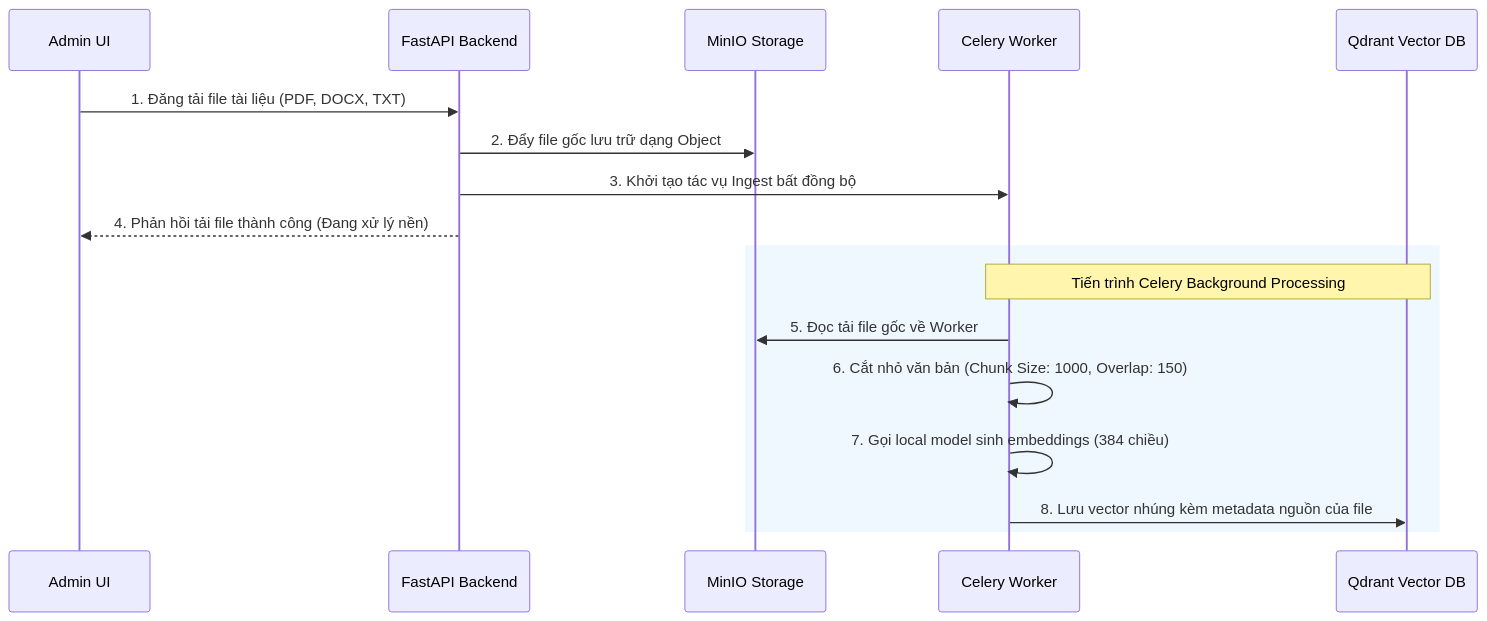
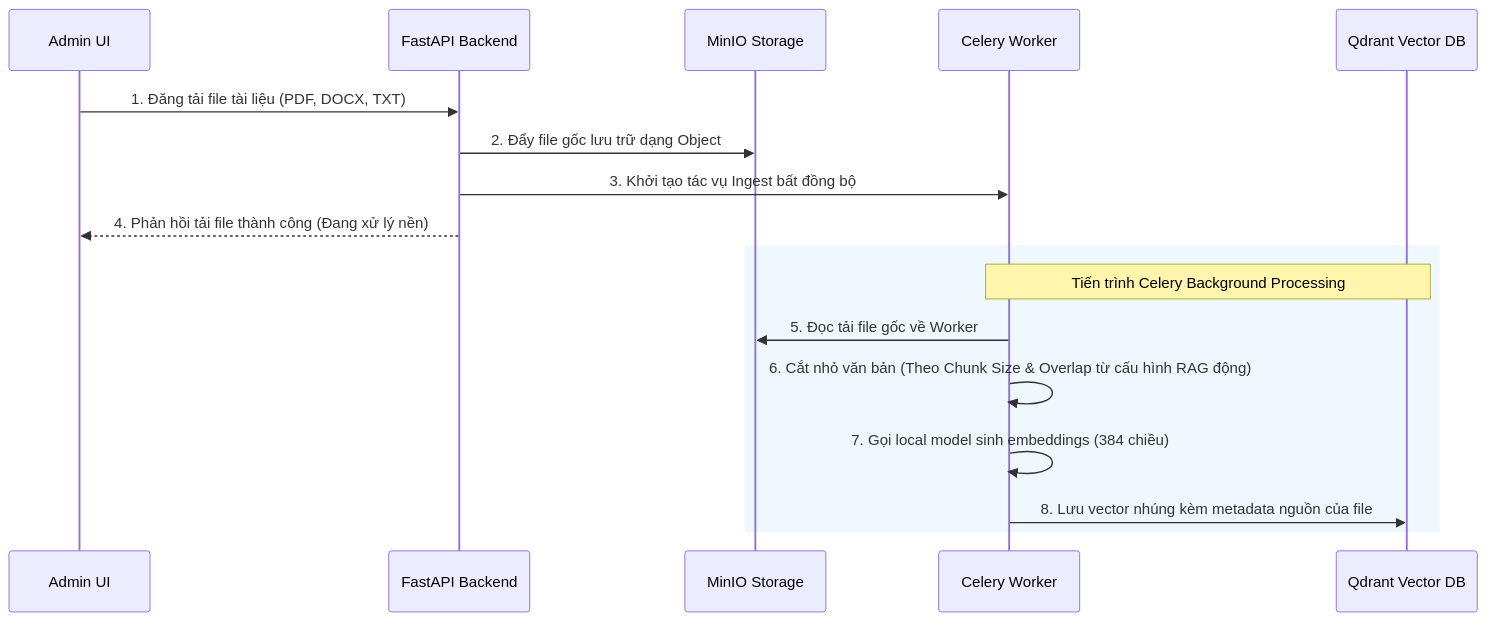
One commit to duykhanh186/RAG-Powered-GitLab-Handbook-Q-A-System changed the second of 4 diagrams in README.md. Above: the diagram before and after it, drawn with Mermaid. The commit also changed other lines of this file and 5 other files, not shown here.

````diff
--- a/README.md
+++ b/README.md
@@ -71,21 +73,20 @@
 ```mermaid
 sequenceDiagram
     participant User as Admin UI
     participant Backend as FastAPI Backend
     participant MinIO as MinIO Storage
     participant Celery as Celery Worker
     participant DB as Qdrant Vector DB
 
     User->>Backend: 1. Đăng tải file tài liệu (PDF, DOCX, TXT)
     Backend->>MinIO: 2. Đẩy file gốc lưu trữ dạng Object
     Backend->>Celery: 3. Khởi tạo tác vụ Ingest bất đồng bộ
     Backend-->>User: 4. Phản hồi tải file thành công (Đang xử lý nền)
-    
     rect rgb(240, 248, 255)
         Note over Celery, DB: Tiến trình Celery Background Processing
         Celery->>MinIO: 5. Đọc tải file gốc về Worker
-        Celery->>Celery: 6. Cắt nhỏ văn bản (Chunk Size: 1000, Overlap: 150)
+        Celery->>Celery: 6. Cắt nhỏ văn bản (Theo Chunk Size & Overlap từ cấu hình RAG động)
         Celery->>Celery: 7. Gọi local model sinh embeddings (384 chiều)
         Celery->>DB: 8. Lưu vector nhúng kèm metadata nguồn của file
     end
 ```
````
